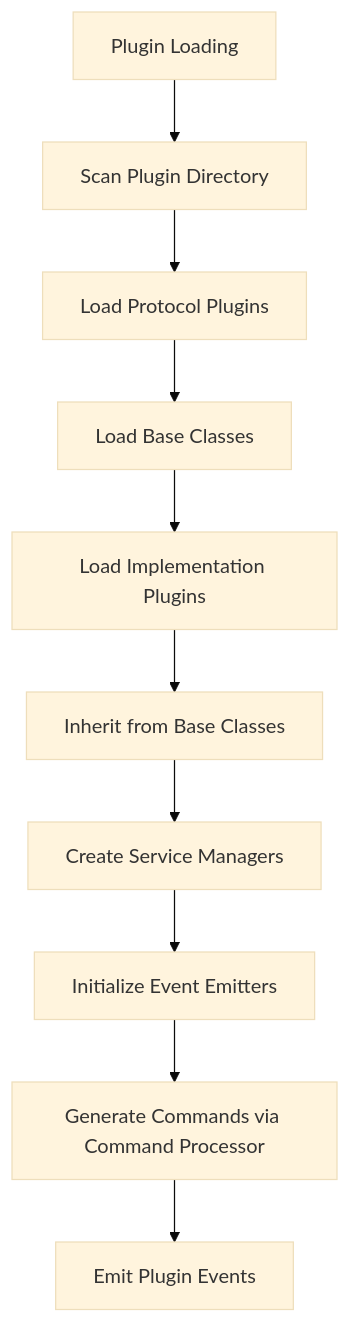
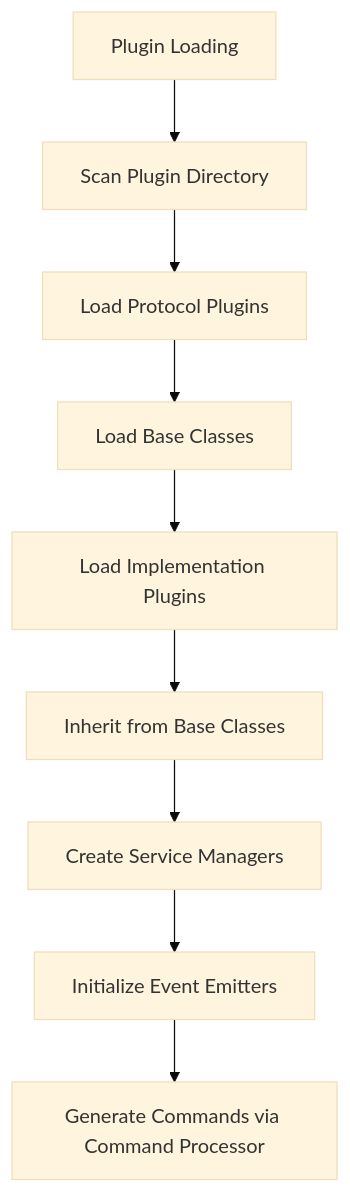
One commit to ElNiak/PANTHER changed the second of 5 diagrams in workflow.md. Above: the diagram before and after it, drawn with Mermaid (base theme). The commit also changed other lines of this file and 101 other files, not shown here.

````diff
--- a/workflow.md
+++ b/workflow.md
@@ -103,12 +45,11 @@
 ```mermaid
 graph TD
     A[Plugin Loading] --> B[Scan Plugin Directory]
     B --> C[Load Protocol Plugins]
     C --> D[Load Base Classes]
     D --> E[Load Implementation Plugins]
     E --> F[Inherit from Base Classes]
     F --> G[Create Service Managers]
     G --> H[Initialize Event Emitters]
     H --> I[Generate Commands via Command Processor]
-    I --> J[Emit Plugin Events]
 ```
````
